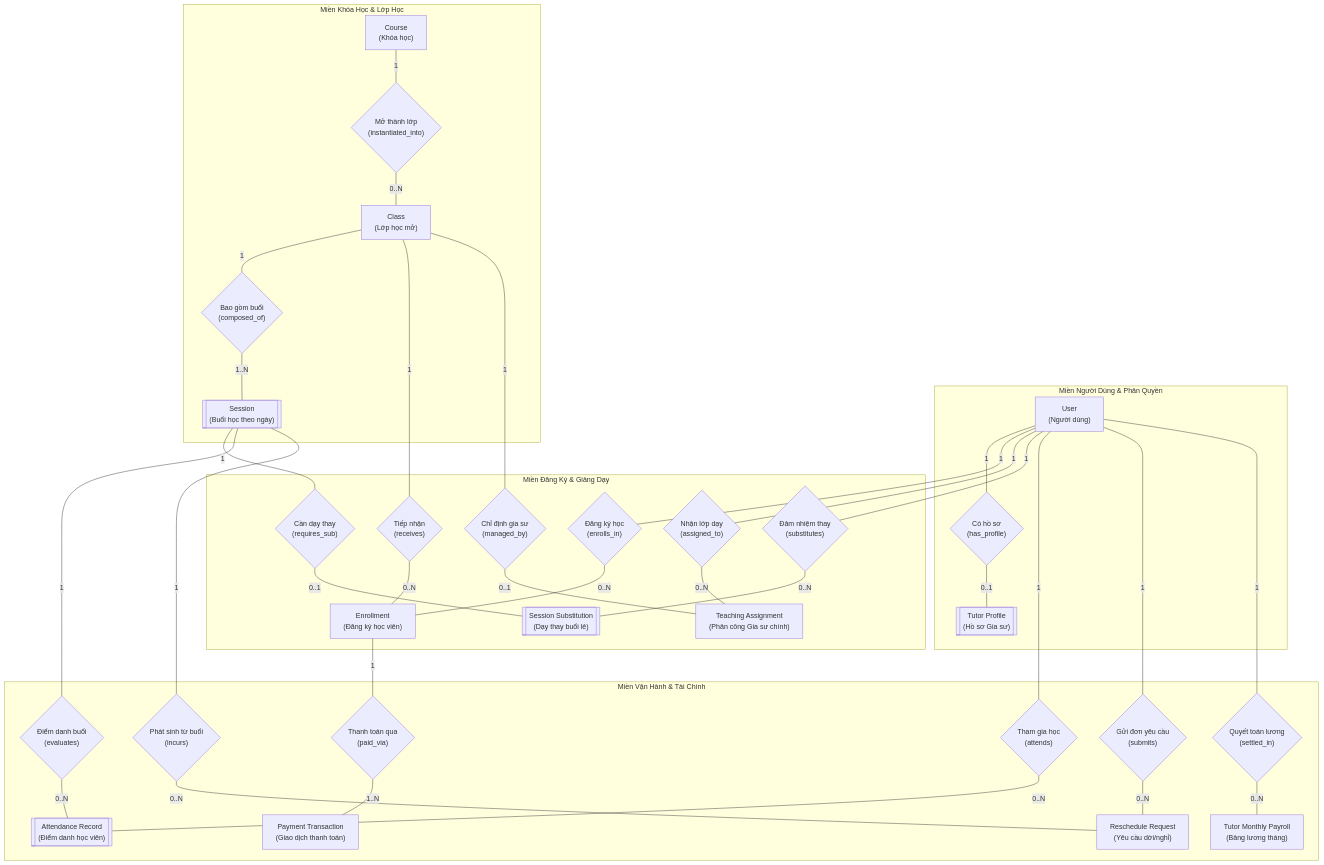
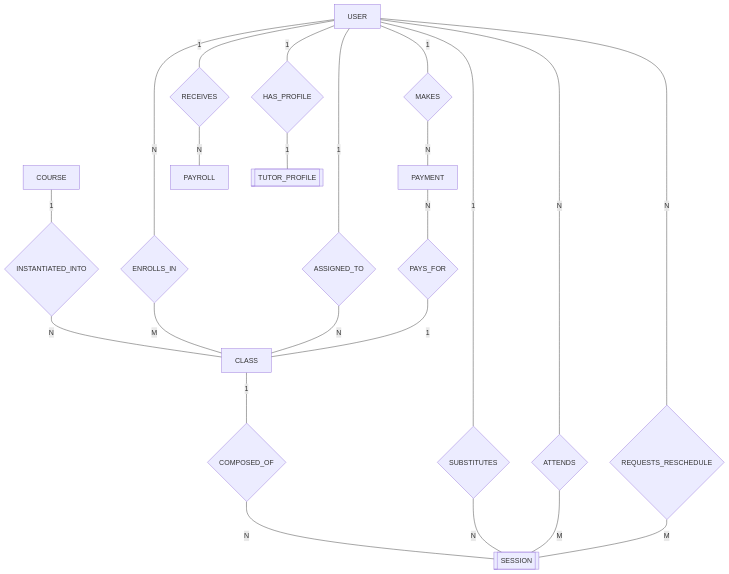
One commit to Tri-Viet-Tutor/triviettutor changed the first of 2 diagrams in Documentation/00-Product-Definition/02-Conceptual-Model.md. Above: the diagram before and after it, drawn with Mermaid. The commit also changed other lines of this file, not shown here.

````diff
--- a/Documentation/00-Product-Definition/02-Conceptual-Model.md
+++ b/Documentation/00-Product-Definition/02-Conceptual-Model.md
@@ -71,84 +67,67 @@
 ```mermaid
 flowchart TD
     %% =======================================================
-    %% MIỀN 1: NGƯỜI DÙNG & HỒ SƠ
+    %% STRONG ENTITIES (Hình chữ nhật đơn)
     %% =======================================================
-    subgraph DomainIdentity["Miền Người Dùng & Phân Quyền"]
-        U["User<br/>(Người dùng)"]
-        TP[["Tutor Profile<br/>(Hồ sơ Gia sư)"]]
-
-        REL_PROFILE{"Có hồ sơ<br/>(has_profile)"}
-
-        U ---|"1"| REL_PROFILE ---|"0..1"| TP
-    end
+    USER[USER]
+    COURSE[COURSE]
+    CLASS[CLASS]
+    PAYMENT[PAYMENT]
+    PAYROLL[PAYROLL]
 
     %% =======================================================
-    %% MIỀN 2: ĐÀO TẠO & LỚP HỌC
+    %% WEAK ENTITIES (Hình chữ nhật nét đôi)
     %% =======================================================
-    subgraph DomainAcademic["Miền Khóa Học & Lớp Học"]
-        C["Course<br/>(Khóa học)"]
-        CLS["Class<br/>(Lớp học mở)"]
-        SES[["Session<br/>(Buổi học theo ngày)"]]
-
-        REL_OPEN{"Mở thành lớp<br/>(instantiated_into)"}
-        REL_COMP{"Bao gồm buổi<br/>(composed_of)"}
-
-        C ---|"1"| REL_OPEN ---|"0..N"| CLS
-        CLS ---|"1"| REL_COMP ---|"1..N"| SES
-    end
+    TUTOR_PROFILE[[TUTOR_PROFILE]]
+    SESSION[[SESSION]]
 
     %% =======================================================
-    %% MIỀN 3: ĐĂNG KÝ & GIẢNG DẠY
+    %% RELATIONSHIPS (Hình thoi)
     %% =======================================================
-    subgraph DomainEnrollment["Miền Đăng Ký & Giảng Dạy"]
-        ENR["Enrollment<br/>(Đăng ký học viên)"]
-        TA["Teaching Assignment<br/>(Phân công Gia sư chính)"]
-        SUB[["Session Substitution<br/>(Dạy thay buổi lẻ)"]]
-
-        REL_ENR_U{"Đăng ký học<br/>(enrolls_in)"}
-        REL_ENR_CLS{"Tiếp nhận<br/>(receives)"}
-
-        REL_TA_U{"Nhận lớp dạy<br/>(assigned_to)"}
-        REL_TA_CLS{"Chỉ định gia sư<br/>(managed_by)"}
-
-        REL_SUB_SES{"Cần dạy thay<br/>(requires_sub)"}
-        REL_SUB_U{"Đảm nhiệm thay<br/>(substitutes)"}
-
-        U ---|"1"| REL_ENR_U ---|"0..N"| ENR
-        CLS ---|"1"| REL_ENR_CLS ---|"0..N"| ENR
-
-        U ---|"1"| REL_TA_U ---|"0..N"| TA
-        CLS ---|"1"| REL_TA_CLS ---|"0..1"| TA
-
-        SES ---|"1"| REL_SUB_SES ---|"0..1"| SUB
-        U ---|"1"| REL_SUB_U ---|"0..N"| SUB
-    end
+    REL_PROFILE{"HAS_PROFILE"}
+    REL_INST{"INSTANTIATED_INTO"}
+    REL_COMP{"COMPOSED_OF"}
+    REL_ENROLL{"ENROLLS_IN"}
+    REL_ASSIGN{"ASSIGNED_TO"}
+    REL_SUB{"SUBSTITUTES"}
+    REL_ATTEND{"ATTENDS"}
+    REL_RESCHED{"REQUESTS_RESCHEDULE"}
+    REL_MAKES{"MAKES"}
+    REL_PAYS{"PAYS_FOR"}
+    REL_RECEIVES{"RECEIVES"}
 
     %% =======================================================
-    %% MIỀN 4: VẬN HÀNH, ĐIỂM DANH & TÀI CHÍNH
+    %% CONNECTIONS & CARDINALITY (Chỉ dùng "1", "N", "M")
     %% =======================================================
-    subgraph DomainOperations["Miền Vận Hành & Tài Chính"]
-        ATT[["Attendance Record<br/>(Điểm danh học viên)"]]
-        REQ["Reschedule Request<br/>(Yêu cầu dời/nghỉ)"]
-        PAY["Payment Transaction<br/>(Giao dịch thanh toán)"]
-        PR["Tutor Monthly Payroll<br/>(Bảng lương tháng)"]
+    %% 1. User & Tutor Profile (1:1)
+    USER ---|"1"| REL_PROFILE ---|"1"| TUTOR_PROFILE
 
-        REL_ATT_SES{"Điểm danh buổi<br/>(evaluates)"}
-        REL_ATT_U{"Tham gia học<br/>(attends)"}
+    %% 2. Academic: Course -> Class -> Session (1:N, 1:N)
+    COURSE ---|"1"| REL_INST ---|"N"| CLASS
+    CLASS ---|"1"| REL_COMP ---|"N"| SESSION
 
-        REL_REQ_SES{"Phát sinh từ buổi<br/>(incurs)"}
-        REL_REQ_U{"Gửi đơn yêu cầu<br/>(submits)"}
+    %% 3. Enrollment & Teaching:
+    %% M:N Enrollment between USER (Student) and CLASS
+    USER ---|"N"| REL_ENROLL ---|"M"| CLASS
 
-        REL_PAY{"Thanh toán qua<br/>(paid_via)"}
-        REL_PR{"Quyết toán lương<br/>(settled_in)"}
+    %% 1:N Teaching Assignment between USER (Tutor) and CLASS
+    USER ---|"1"| REL_ASSIGN ---|"N"| CLASS
 
-        SES ---|"1"| REL_ATT_SES ---|"0..N"| ATT
-        U ---|"1"| REL_ATT_U ---|"0..N"| ATT
+    %% 1:N Session Substitution between USER (Substitute Tutor) and SESSION
+    USER ---|"1"| REL_SUB ---|"N"| SESSION
 
-        SES ---|"1"| REL_REQ_SES ---|"0..N"| REQ
-        U ---|"1"| REL_REQ_U ---|"0..N"| REQ
+    %% 4. Operations & Attendance:
+    %% M:N Attendance between USER (Student) and SESSION
+    USER ---|"N"| REL_ATTEND ---|"M"| SESSION
 
-        ENR ---|"1"| REL_PAY ---|"1..N"| PAY
-        U ---|"1"| REL_PR ---|"0..N"| PR
-    end
+    %% M:N Reschedule Request between USER and SESSION
+    USER ---|"N"| REL_RESCHED ---|"M"| SESSION
+
+    %% 5. Financial:
+    %% 1:N Payment from USER, N:1 Payment for CLASS
+    USER ---|"1"| REL_MAKES ---|"N"| PAYMENT
+    PAYMENT ---|"N"| REL_PAYS ---|"1"| CLASS
+
+    %% 1:N Payroll for USER (Tutor)
+    USER ---|"1"| REL_RECEIVES ---|"N"| PAYROLL
 ```
````
